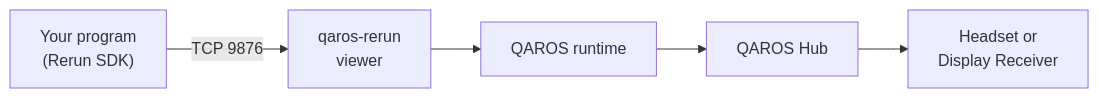
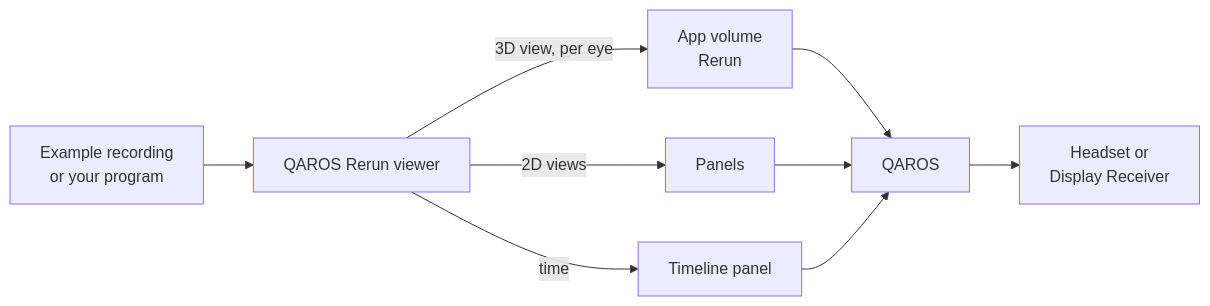
Before and after one commit to Quaternar/qaros: the diagram in docs/website/docs/user-guide/supported-apps/rerun.md, drawn with Mermaid. The commit also changed other lines of this file and 39 other files, not shown here.

````diff
--- a/docs/website/docs/user-guide/supported-apps/rerun.md
+++ b/docs/website/docs/user-guide/supported-apps/rerun.md
@@ -24,7 +38,11 @@
 ```mermaid
 flowchart LR
-  sdk["Your program<br/>(Rerun SDK)"] -- "TCP 9876" --> viewer["qaros-rerun<br/>viewer"]
-  viewer --> runtime["QAROS runtime"]
-  runtime --> hub["QAROS Hub"]
+  rec["Example recording<br/>or your program"] --> viewer["QAROS Rerun viewer"]
+  viewer -- "3D view, per eye" --> vol["App volume<br/>Rerun"]
+  viewer -- "2D views" --> panels["Panels"]
+  viewer -- "time" --> tl["Timeline panel"]
+  vol --> hub["QAROS"]
+  panels --> hub
+  tl --> hub
   hub --> headset["Headset or<br/>Display Receiver"]
 ```
````
